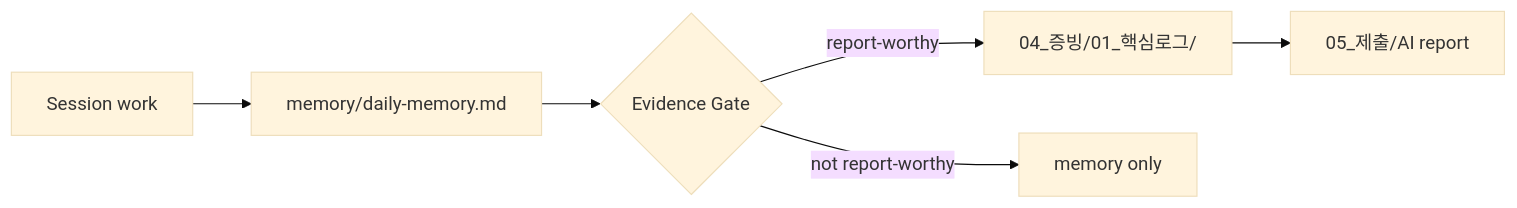
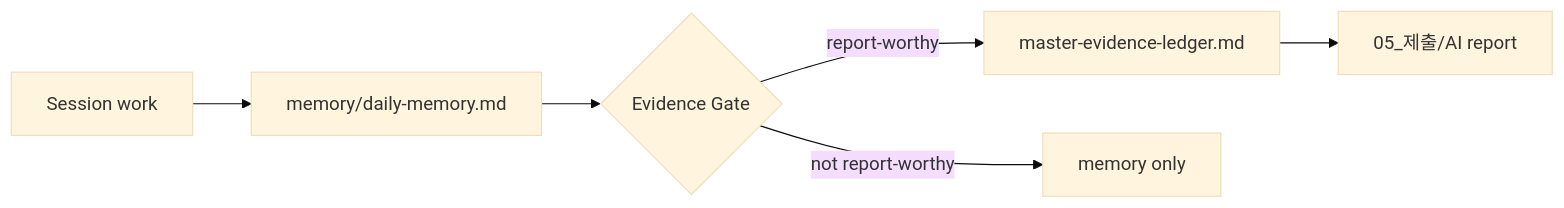
The first of 2 diagrams in .agent/system/maps/workspace-atlas.md (River-181/KEG-Mangsanggwedo), drawn with Mermaid (base theme) before and after one commit. The commit also changed other lines of this file and 72 other files, not shown here.

````diff
--- a/.agent/system/maps/workspace-atlas.md
+++ b/.agent/system/maps/workspace-atlas.md
@@ -70,8 +83,8 @@
 ```mermaid
 flowchart LR
     Work["Session work"] --> Memory["memory/daily-memory.md"]
     Memory --> Gate{"Evidence Gate"}
-    Gate -->|"report-worthy"| Core["04_증빙/01_핵심로그/"]
+    Gate -->|"report-worthy"| Core["master-evidence-ledger.md"]
     Gate -->|"not report-worthy"| Keep["memory only"]
     Core --> Report["05_제출/AI report"]
 ```
````
